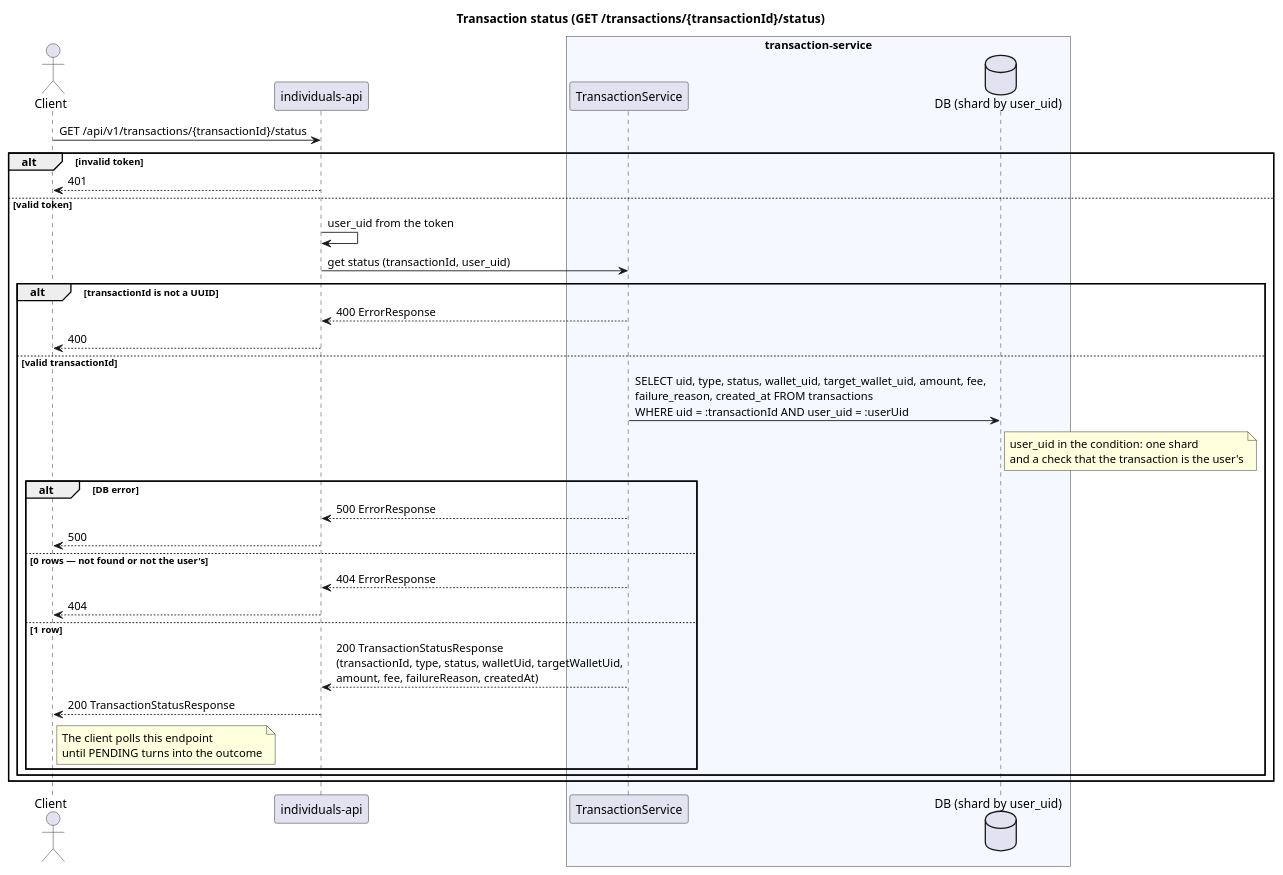
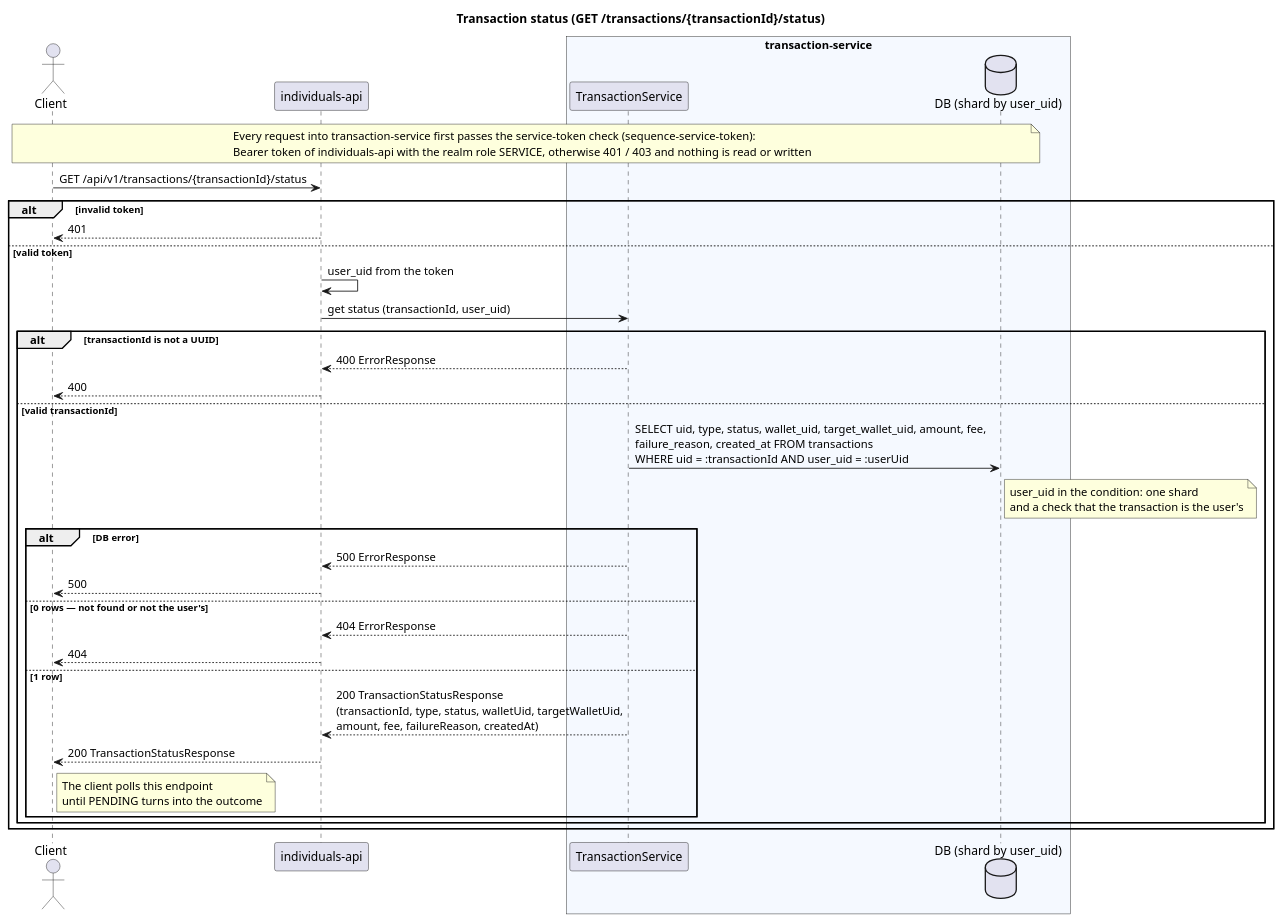
The diagram in transaction-service/diagrams-c4/uml/en/sequence-transaction-status.puml (dezxxx/payment-platform), drawn with PlantUML before and after one commit. The commit also changed 120 other files, not shown here.

```diff
--- a/transaction-service/diagrams-c4/uml/en/sequence-transaction-status.puml
+++ b/transaction-service/diagrams-c4/uml/en/sequence-transaction-status.puml
@@ -1,42 +1,43 @@
 @startuml sequence-transaction-status
 title Transaction status (GET /transactions/{transactionId}/status)
 
 actor "Client" as Client
 participant "individuals-api" as IA
 box "transaction-service" #F5F9FF
     participant "TransactionService" as TS
     database "DB (shard by user_uid)" as DB
 end box
 
+note across: Every request into transaction-service first passes the service-token check (sequence-service-token):\nBearer token of individuals-api with the realm role SERVICE, otherwise 401 / 403 and nothing is read or written
 Client -> IA: GET /api/v1/transactions/{transactionId}/status
 alt invalid token
     IA --> Client: 401
 else valid token
     IA -> IA: user_uid from the token
     IA -> TS: get status (transactionId, user_uid)
     alt transactionId is not a UUID
         TS --> IA: 400 ErrorResponse
         IA --> Client: 400
     else valid transactionId
         TS -> DB: SELECT uid, type, status, wallet_uid, target_wallet_uid, amount, fee,\nfailure_reason, created_at FROM transactions\nWHERE uid = :transactionId AND user_uid = :userUid
         note right of DB
           user_uid in the condition: one shard
           and a check that the transaction is the user's
         end note
         alt DB error
             TS --> IA: 500 ErrorResponse
             IA --> Client: 500
         else 0 rows — not found or not the user's
             TS --> IA: 404 ErrorResponse
             IA --> Client: 404
         else 1 row
             TS --> IA: 200 TransactionStatusResponse\n(transactionId, type, status, walletUid, targetWalletUid,\namount, fee, failureReason, createdAt)
             IA --> Client: 200 TransactionStatusResponse
             note right of Client
               The client polls this endpoint
               until PENDING turns into the outcome
             end note
         end
     end
 end
 @enduml
```
